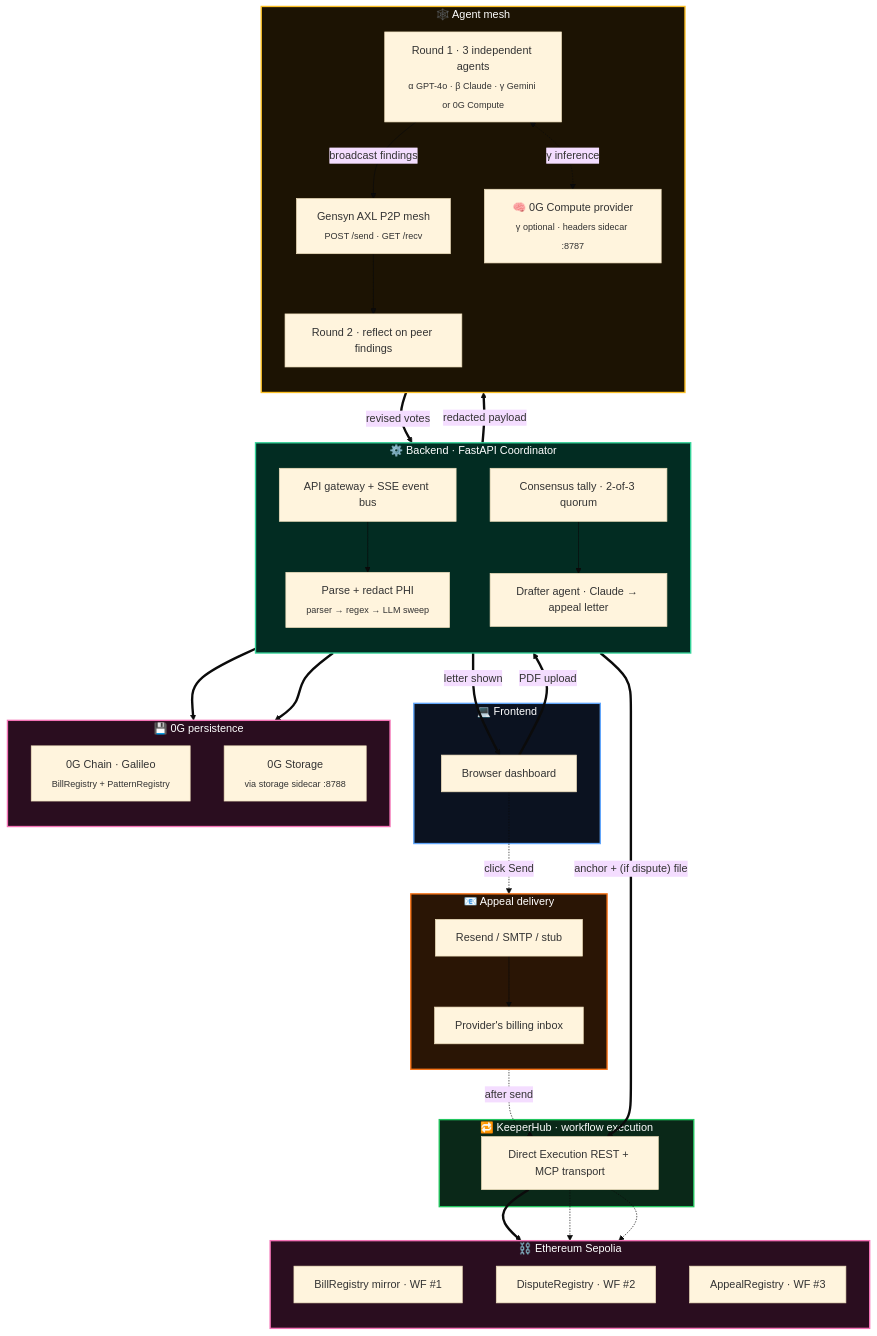
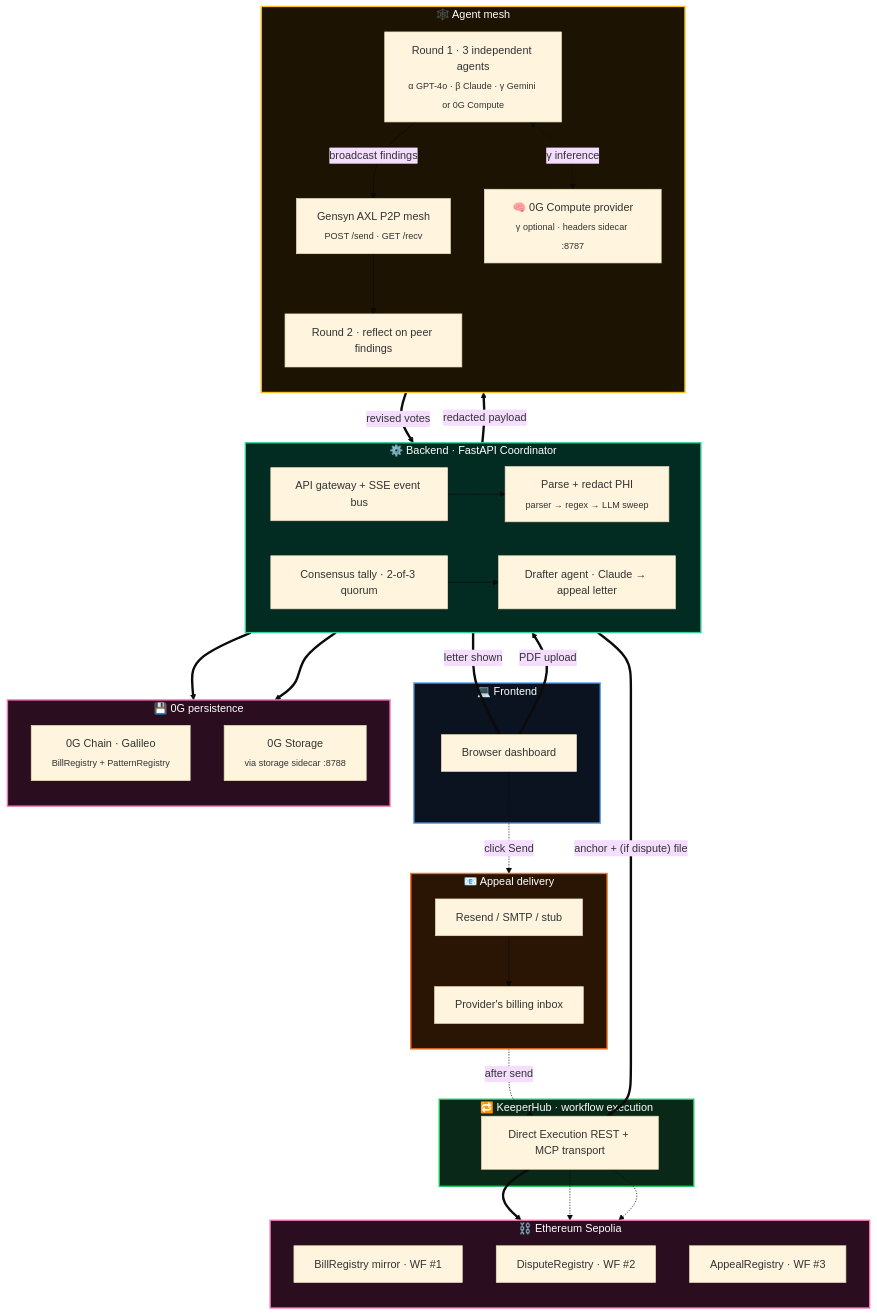
Before and after one commit to jhatch3/lethe-: the diagram in README.md, drawn with Mermaid (base theme).

Commit message:
diagramsssss

````diff
--- a/README.md
+++ b/README.md
@@ -98,82 +98,82 @@
 ```mermaid
 flowchart TB
     subgraph FE["💻 Frontend"]
         User["Browser dashboard"]
     end
 
     subgraph BE["⚙️ Backend · FastAPI Coordinator"]
-        direction TB
+        direction LR
         API["API gateway + SSE event bus"]
         Parse["Parse + redact PHI<br/><sub>parser → regex → LLM sweep</sub>"]
         Tally["Consensus tally · 2-of-3 quorum"]
         Drafter["Drafter agent · Claude → appeal letter"]
         API --> Parse
         Tally --> Drafter
     end
 
     subgraph Mesh["🕸️ Agent mesh"]
         direction TB
         Round1["Round 1 · 3 independent agents<br/><sub>α GPT-4o · β Claude · γ Gemini or 0G Compute</sub>"]
         AXL["Gensyn AXL P2P mesh<br/><sub>POST /send · GET /recv</sub>"]
         Round2["Round 2 · reflect on peer findings"]
         ZGC["🧠 0G Compute provider<br/><sub>γ optional · headers sidecar :8787</sub>"]
         Round1 -->|broadcast findings| AXL --> Round2
         Round1 <-.->|γ inference| ZGC
     end
 
     subgraph Persist["💾 0G persistence"]
         direction TB
         ZGChain["0G Chain · Galileo<br/><sub>BillRegistry + PatternRegistry</sub>"]
         ZGStorage["0G Storage<br/><sub>via storage sidecar :8788</sub>"]
     end
 
     subgraph Exec["🔁 KeeperHub · workflow execution"]
         KH["Direct Execution REST + MCP transport"]
     end
 
     subgraph Sep["⛓️ Ethereum Sepolia"]
         direction TB
         SepMirror["BillRegistry mirror · WF #1"]
         SepDispute["DisputeRegistry · WF #2"]
         SepAppeal["AppealRegistry · WF #3"]
     end
 
     subgraph Mail["📧 Appeal delivery"]
         direction TB
         Email["Resend / SMTP / stub"]
         Provider["Provider's billing inbox"]
         Email --> Provider
     end
 
     %% === Main pipeline: spine of data flow ===
     User ==>|PDF upload| API
     Parse ==>|redacted payload| Round1
     Round2 ==>|revised votes| Tally
     Drafter ==>|letter shown| User
 
     %% === Persistence fan-out from Tally (single edge per destination) ===
     Tally ==> ZGChain
     Tally ==> ZGStorage
     Tally ==>|"anchor + (if dispute) file"| KH
     KH ==> SepMirror
     KH -.-> SepDispute
 
     %% === User-initiated appeal send ===
     User -.->|click Send| Email
     Email -.->|after send| KH
     KH -.-> SepAppeal
 
     classDef tierFE      fill:#0b1220,stroke:#60a5fa,stroke-width:2px,color:#fff
     classDef tierBE      fill:#022c22,stroke:#34d399,stroke-width:2px,color:#fff
     classDef tierMesh    fill:#1c1303,stroke:#fbbf24,stroke-width:2px,color:#fff
     classDef tierChain   fill:#2a0d1f,stroke:#f472b6,stroke-width:2px,color:#fff
     classDef tierExec    fill:#0a2818,stroke:#22c55e,stroke-width:2px,color:#fff
     classDef tierMail    fill:#2a1505,stroke:#f97316,stroke-width:2px,color:#fff
 
     class FE tierFE
     class BE tierBE
     class Mesh tierMesh
     class Persist,Sep tierChain
     class Exec tierExec
     class Mail tierMail
 ```
````
